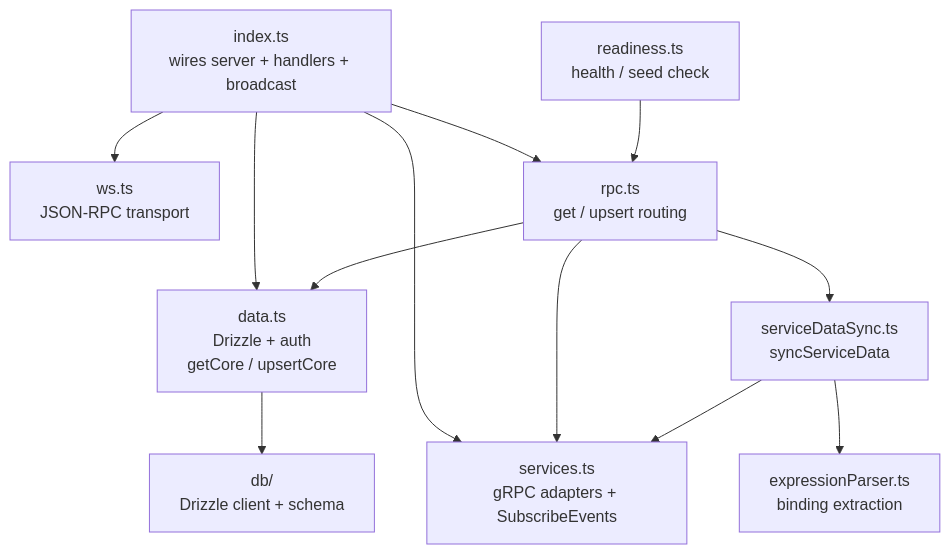
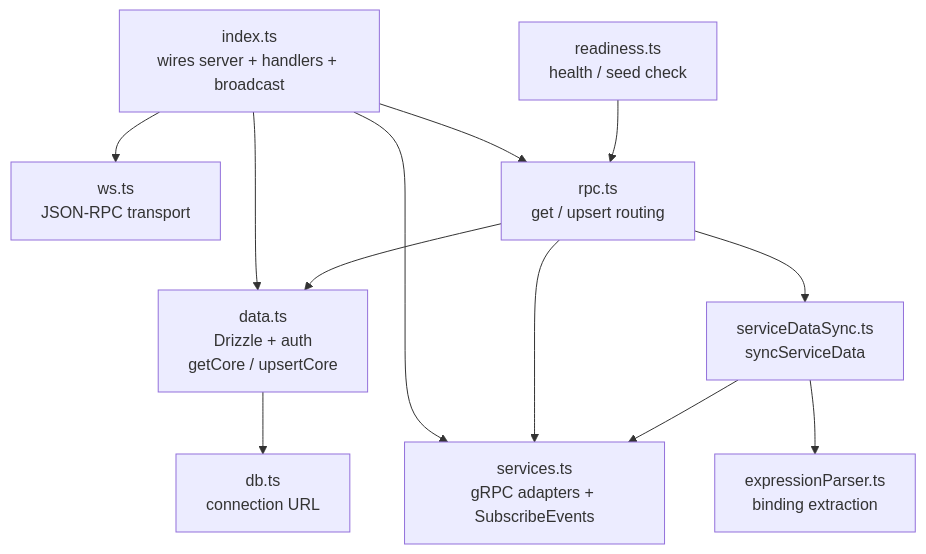
One commit to EVY-Platform/evy changed the third of 3 diagrams in api/README.md. Above: the diagram before and after it, drawn with Mermaid. The commit also changed other lines of this file and 6 other files, not shown here.

````diff
--- a/api/README.md
+++ b/api/README.md
@@ -96,24 +96,24 @@
 ```mermaid
 flowchart TD
     index[index.ts<br/>wires server + handlers + broadcast]
     ws[ws.ts<br/>JSON-RPC transport]
     rpc[rpc.ts<br/>get / upsert routing]
     data[data.ts<br/>Drizzle + auth<br/>getCore / upsertCore]
+    db[db.ts<br/>connection URL]
     services[services.ts<br/>gRPC adapters + SubscribeEvents]
     serviceDataSync[serviceDataSync.ts<br/>syncServiceData]
     expressionParser[expressionParser.ts<br/>binding extraction]
     readiness[readiness.ts<br/>health / seed check]
-    db[db/<br/>Drizzle client + schema]
 
     index --> ws
     index --> rpc
     index --> data
     index --> services
     rpc --> data
     rpc --> services
     rpc --> serviceDataSync
     serviceDataSync --> services
     serviceDataSync --> expressionParser
     data --> db
     readiness --> rpc
 ```
````
